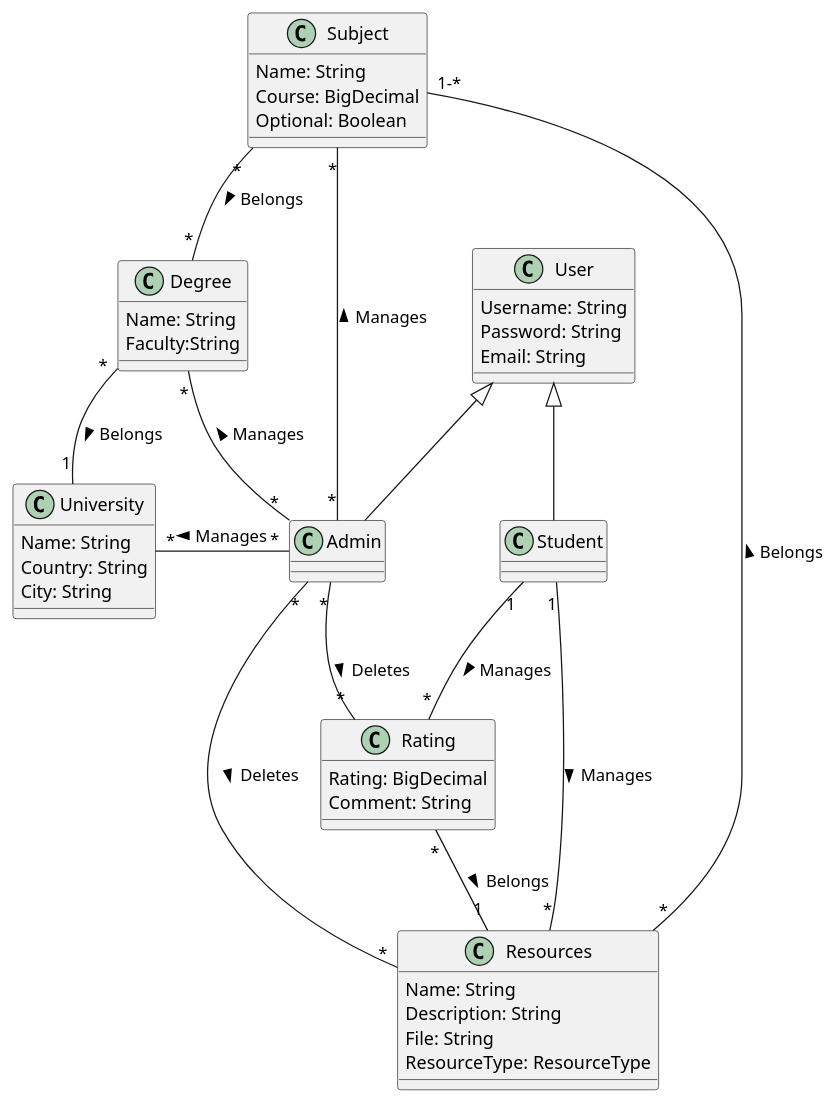
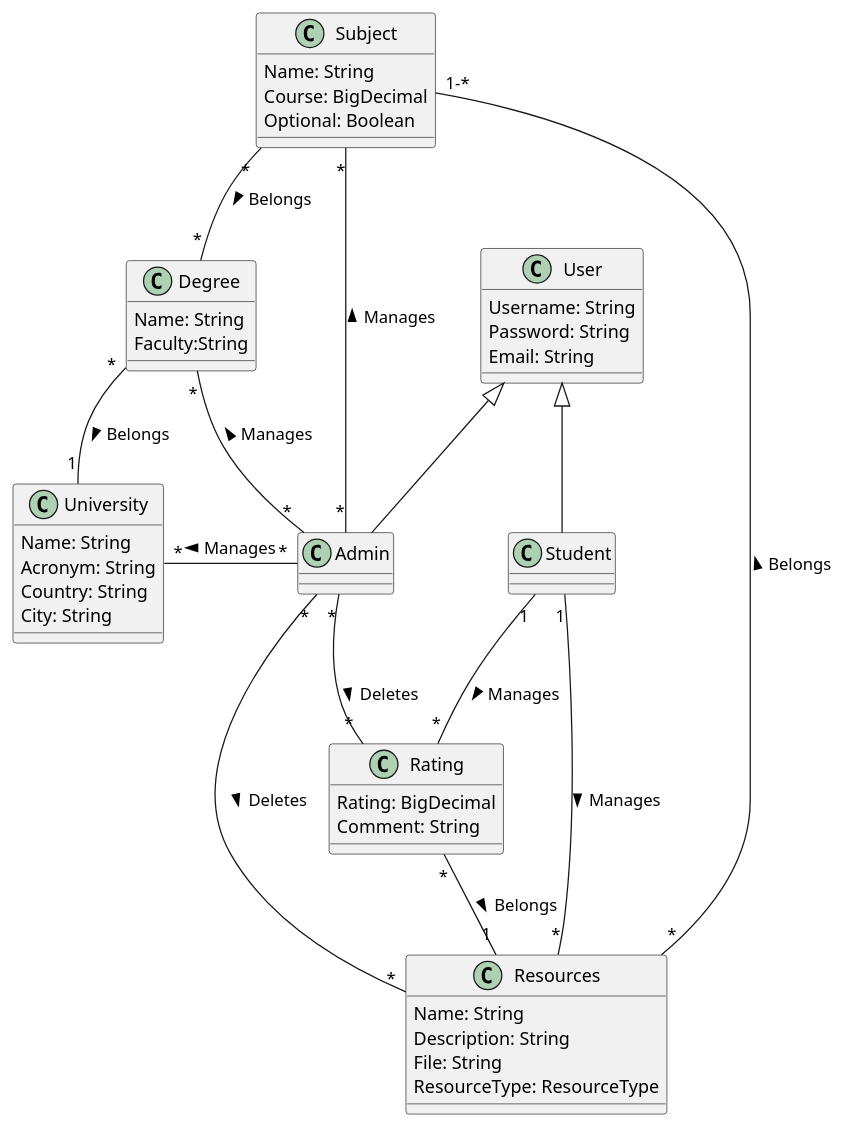
The diagram in EntitiesModel.puml (UdL-EPS-SoftArch/UniCloud-API), drawn with PlantUML before and after one commit.

Commit message:
Adding acronym to University Entity model

```diff
--- a/EntitiesModel.puml
+++ b/EntitiesModel.puml
@@ -1,55 +1,56 @@
 @startuml
 class User{
     Username: String
     Password: String
     Email: String
 }
 
 class Admin extends User{
 }
 
 class Student extends User{
 }
 
 class University{
     Name: String
+    Acronym: String
     Country: String
     City: String
 }
 
 class Degree{
     Name: String
     Faculty:String
 }
 
 class Subject{
     Name: String
     Course: BigDecimal
     Optional: Boolean
 }
 
 class Resources{
     Name: String
     Description: String
     File: String
     ResourceType: ResourceType
 }
 
 class Rating{
     Rating: BigDecimal
     Comment: String
 }
 
 
 Student "1" -- "*" Resources: Manages >
 Student "1" -- "*" Rating: Manages >
 Admin "*" --left-- "*" University: Manages >
 Admin "*" --left-- "*" Degree: Manages >
 Admin "*" --left-- "*" Subject: Manages >
 Admin "*" -- "*" Resources: Deletes >
 Admin "*" -- "*" Rating: Deletes >
 Rating "*" -- "1" Resources: Belongs >
 Resources "*" -- "1-*" Subject: Belongs >
 Subject "*" -- "*" Degree: Belongs >
 Degree "*" -- "1" University: Belongs >
 @enduml
```
